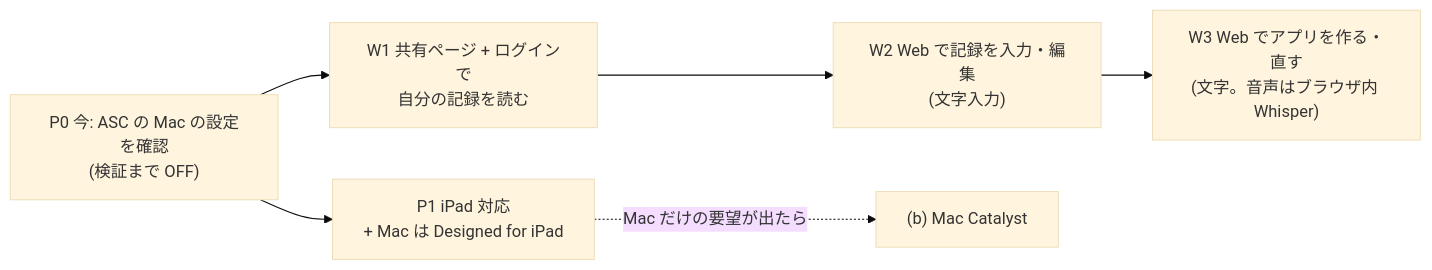
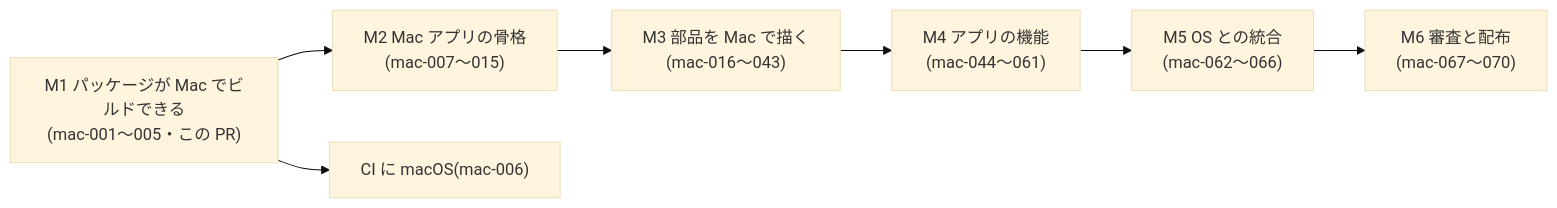
Before and after one commit to jphacks/kz_2601: the diagram in docs/decisions/363-desktop-strategy.md, drawn with Mermaid (base theme). The commit also changed other lines of this file, not shown here.

First line of the commit message:
docs: #363 Mac はネイティブ SwiftUI(オーナーの決定)に書き直し、未確定の既定値を推奨として並べる

````diff
--- a/docs/decisions/363-desktop-strategy.md
+++ b/docs/decisions/363-desktop-strategy.md
@@ -133,8 +148,9 @@
 ```mermaid
 flowchart LR
-  P0["P0 今: ASC の Mac の設定を確認<br/>(検証まで OFF)"] --> P1["P1 iPad 対応<br/>+ Mac は Designed for iPad"]
-  P0 --> W1["W1 共有ページ + ログインで<br/>自分の記録を読む"]
-  W1 --> W2["W2 Web で記録を入力・編集<br/>(文字入力)"]
-  W2 --> W3["W3 Web でアプリを作る・直す<br/>(文字。音声はブラウザ内 Whisper)"]
-  P1 -. Mac だけの要望が出たら .-> B["(b) Mac Catalyst"]
+  F["M1 パッケージが Mac でビルドできる<br/>(mac-001〜005・この PR)"] --> S["M2 Mac アプリの骨格<br/>(mac-007〜015)"]
+  S --> R["M3 部品を Mac で描く<br/>(mac-016〜043)"]
+  R --> A["M4 アプリの機能<br/>(mac-044〜061)"]
+  A --> I["M5 OS との統合<br/>(mac-062〜066)"]
+  I --> D["M6 審査と配布<br/>(mac-067〜070)"]
+  F --> C["CI に macOS(mac-006)"]
 ```
````
